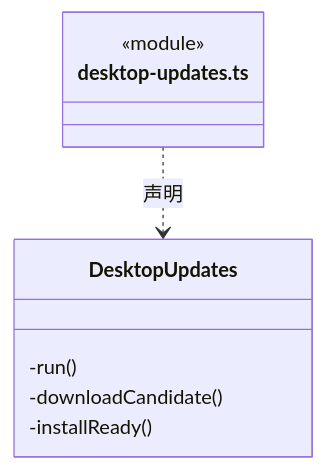
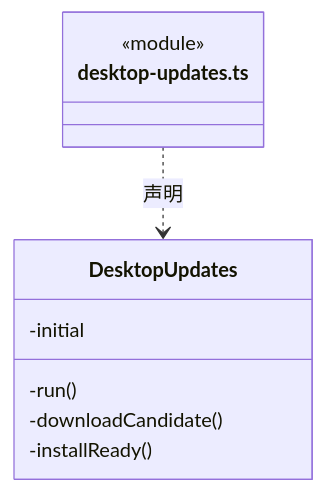
The third of 28 diagrams in src/logic/updates/service/ARCHITECTURE.md (nan023062/cbim), drawn with Mermaid before and after one commit. The commit also changed other lines of this file and 139 other files, not shown here.

Commit message:
docs(architecture): add source reading paths and complete file inventories

````diff
--- a/src/logic/updates/service/ARCHITECTURE.md
+++ b/src/logic/updates/service/ARCHITECTURE.md
@@ -87,12 +91,13 @@
 ```mermaid
 classDiagram
 class N_src_logic_updates_service_desktop_updates_ts["desktop-updates.ts"] {
   <<module>>
 }
 class N_src_logic_updates_service_desktop_updates_ts_DesktopUpdates["DesktopUpdates"] {
+  -initial
   -run()
   -downloadCandidate()
   -installReady()
 }
 N_src_logic_updates_service_desktop_updates_ts ..> N_src_logic_updates_service_desktop_updates_ts_DesktopUpdates : 声明
 ```
````
